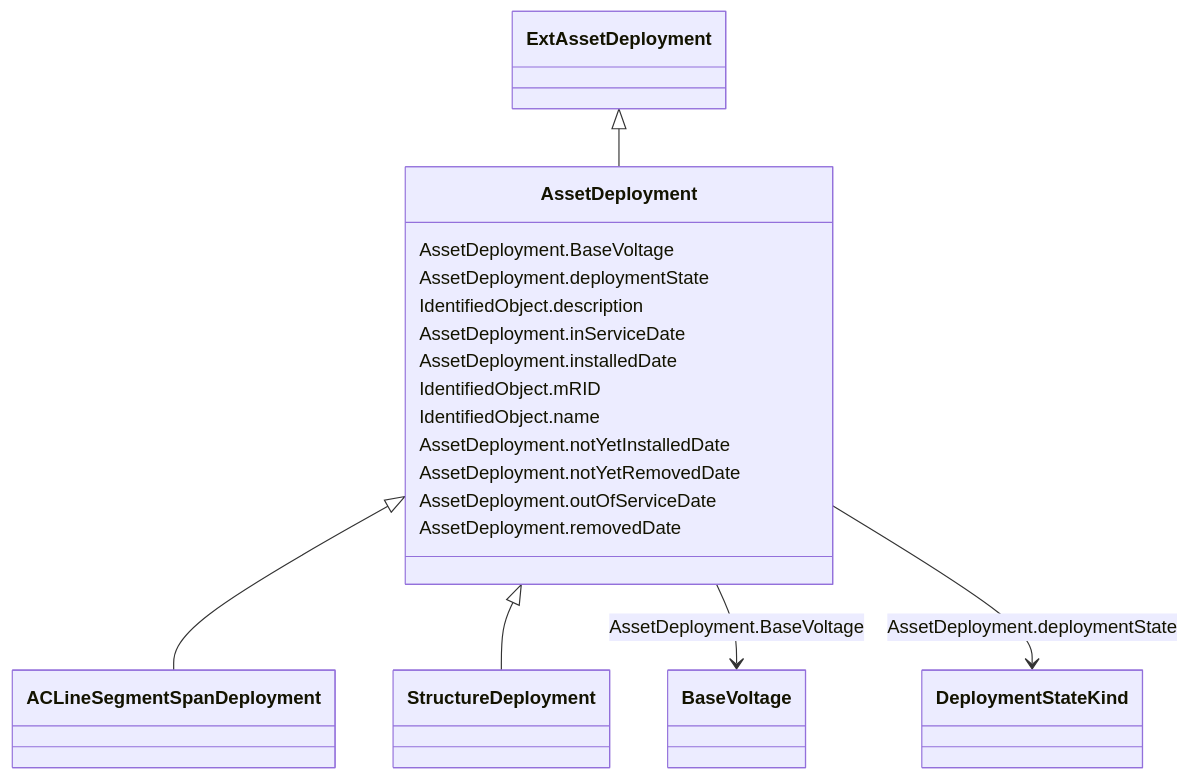
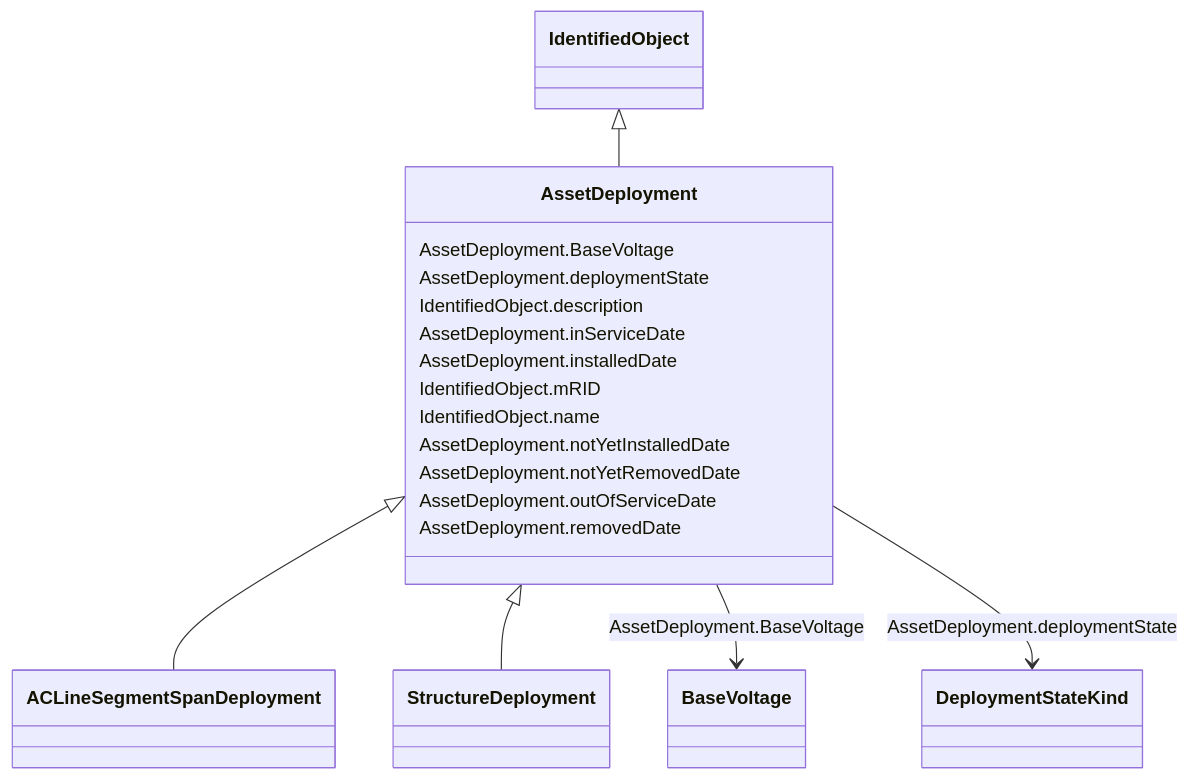
Before and after one commit to 3lbits/NoCIMExtensions: the diagram in docs/AviationObstacle/AssetDeployment.md, drawn with Mermaid. The commit also changed other lines of this file and 34 other files, not shown here.

````diff
--- a/docs/AviationObstacle/AssetDeployment.md
+++ b/docs/AviationObstacle/AssetDeployment.md
@@ -16,44 +16,44 @@
 ```mermaid
  classDiagram
     class AssetDeployment
     click AssetDeployment href "../AssetDeployment"
-      ExtAssetDeployment <|-- AssetDeployment
-        click ExtAssetDeployment href "../ExtAssetDeployment"
+      IdentifiedObject <|-- AssetDeployment
+        click IdentifiedObject href "../IdentifiedObject"
       
 
       AssetDeployment <|-- ACLineSegmentSpanDeployment
         click ACLineSegmentSpanDeployment href "../ACLineSegmentSpanDeployment"
       AssetDeployment <|-- StructureDeployment
         click StructureDeployment href "../StructureDeployment"
       
       
       AssetDeployment : AssetDeployment.BaseVoltage
         
           AssetDeployment --> BaseVoltage : AssetDeployment.BaseVoltage
           click BaseVoltage href "../BaseVoltage"
         
       AssetDeployment : AssetDeployment.deploymentState
         
           AssetDeployment --> DeploymentStateKind : AssetDeployment.deploymentState
           click DeploymentStateKind href "../DeploymentStateKind"
         
       AssetDeployment : IdentifiedObject.description
         
       AssetDeployment : AssetDeployment.inServiceDate
         
       AssetDeployment : AssetDeployment.installedDate
         
       AssetDeployment : IdentifiedObject.mRID
         
       AssetDeployment : IdentifiedObject.name
         
       AssetDeployment : AssetDeployment.notYetInstalledDate
         
       AssetDeployment : AssetDeployment.notYetRemovedDate
         
       AssetDeployment : AssetDeployment.outOfServiceDate
         
       AssetDeployment : AssetDeployment.removedDate
         
       
 ```
````
